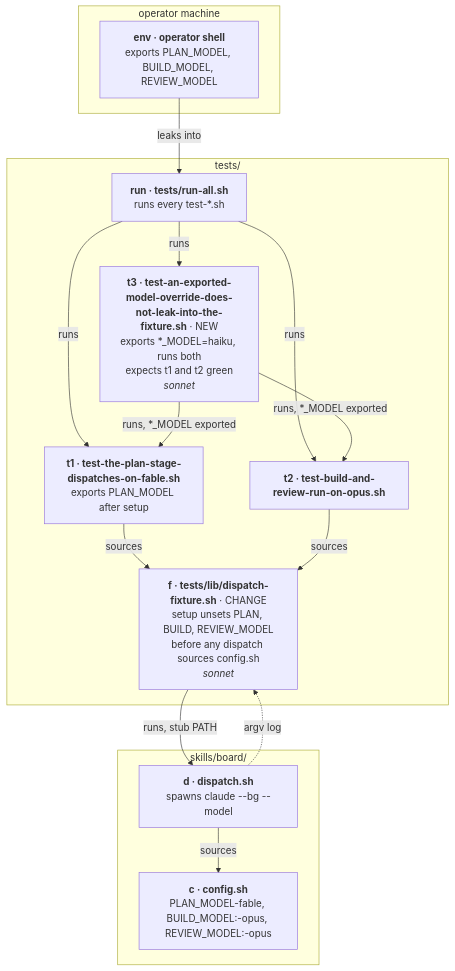
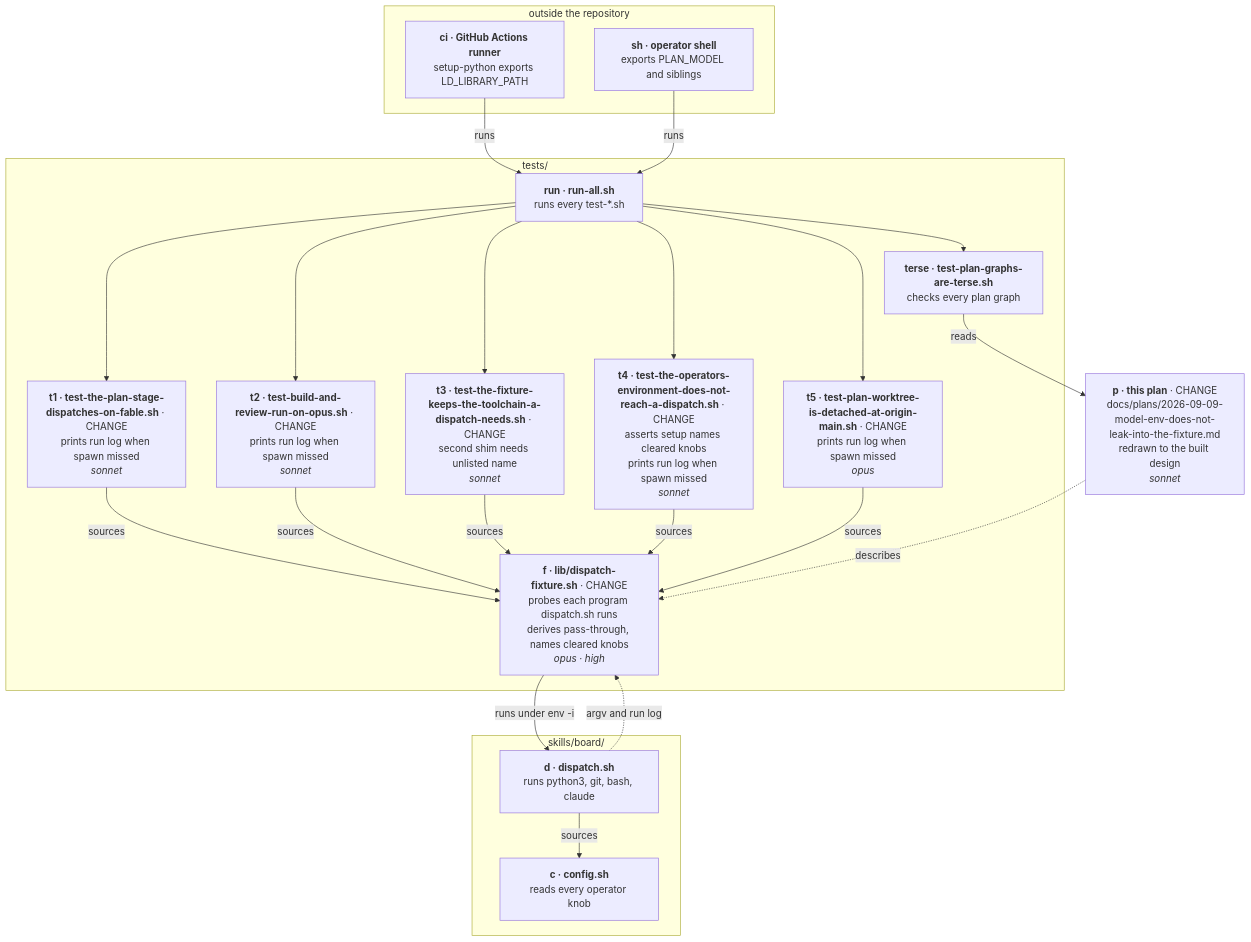
One commit to praveenVnktsh/foreman changed the diagram in docs/plans/2026-09-09-model-env-does-not-leak-into-the-fixture.md. Above: the diagram before and after it, drawn with Mermaid. The commit also changed 6 other files, not shown here.

First line of the commit message:
Derive what a dispatch's toolchain needs, and print the log that names it (PRA-349) (#32)

````diff
--- a/docs/plans/2026-09-09-model-env-does-not-leak-into-the-fixture.md
+++ b/docs/plans/2026-09-09-model-env-does-not-leak-into-the-fixture.md
@@ -1,31 +1,44 @@
 ```mermaid
 flowchart TD
-  subgraph host["operator machine"]
-    env["<b>env · operator shell</b><br/>exports PLAN_MODEL, BUILD_MODEL, REVIEW_MODEL"]
+  subgraph outside["outside the repository"]
+    ci["<b>ci · GitHub Actions runner</b><br/>setup-python exports LD_LIBRARY_PATH"]
+    sh["<b>sh · operator shell</b><br/>exports PLAN_MODEL and siblings"]
   end
 
   subgraph tests["tests/"]
-    t3["<b>t3 · test-an-exported-model-override-does-not-leak-into-the-fixture.sh</b> · NEW<br/>exports *_MODEL=haiku, runs both<br/>expects t1 and t2 green<br/><i>sonnet</i>"]
-    t1["<b>t1 · test-the-plan-stage-dispatches-on-fable.sh</b><br/>exports PLAN_MODEL after setup"]
-    t2["<b>t2 · test-build-and-review-run-on-opus.sh</b>"]
-    f["<b>f · tests/lib/dispatch-fixture.sh</b> · CHANGE<br/>setup unsets PLAN, BUILD, REVIEW_MODEL<br/>before any dispatch sources config.sh<br/><i>sonnet</i>"]
-    run["<b>run · tests/run-all.sh</b><br/>runs every test-*.sh"]
+    run["<b>run · run-all.sh</b><br/>runs every test-*.sh"]
+    f["<b>f · lib/dispatch-fixture.sh</b> · CHANGE<br/>probes each program dispatch.sh runs<br/>derives pass-through, names cleared knobs<br/><i>opus · high</i>"]
+    t1["<b>t1 · test-the-plan-stage-dispatches-on-fable.sh</b> · CHANGE<br/>prints run log when spawn missed<br/><i>sonnet</i>"]
+    t2["<b>t2 · test-build-and-review-run-on-opus.sh</b> · CHANGE<br/>prints run log when spawn missed<br/><i>sonnet</i>"]
+    t3["<b>t3 · test-the-fixture-keeps-the-toolchain-a-dispatch-needs.sh</b> · CHANGE<br/>second shim needs unlisted name<br/><i>sonnet</i>"]
+    t4["<b>t4 · test-the-operators-environment-does-not-reach-a-dispatch.sh</b> · CHANGE<br/>asserts setup names cleared knobs<br/>prints run log when spawn missed<br/><i>sonnet</i>"]
+    t5["<b>t5 · test-plan-worktree-is-detached-at-origin-main.sh</b> · CHANGE<br/>prints run log when spawn missed<br/><i>opus</i>"]
+    terse["<b>terse · test-plan-graphs-are-terse.sh</b><br/>checks every plan graph"]
   end
 
   subgraph board["skills/board/"]
-    d["<b>d · dispatch.sh</b><br/>spawns claude --bg --model"]
-    c["<b>c · config.sh</b><br/>PLAN_MODEL-fable, BUILD_MODEL:-opus, REVIEW_MODEL:-opus"]
+    d["<b>d · dispatch.sh</b><br/>runs python3, git, bash, claude"]
+    c["<b>c · config.sh</b><br/>reads every operator knob"]
   end
 
-  env -->|"leaks into"| run
-  run -->|"runs"| t3
-  run -->|"runs"| t1
-  run -->|"runs"| t2
-  t3 -->|"runs, *_MODEL exported"| t1
-  t3 -->|"runs, *_MODEL exported"| t2
+  p["<b>p · this plan</b> · CHANGE<br/>docs/plans/2026-09-09-model-env-does-not-leak-into-the-fixture.md<br/>redrawn to the built design<br/><i>sonnet</i>"]
+
+  ci -->|"runs"| run
+  sh -->|"runs"| run
+  run --> t1
+  run --> t2
+  run --> t3
+  run --> t4
+  run --> t5
+  run --> terse
   t1 -->|"sources"| f
   t2 -->|"sources"| f
-  f -->|"runs, stub PATH"| d
+  t3 -->|"sources"| f
+  t4 -->|"sources"| f
+  t5 -->|"sources"| f
+  f -->|"runs under env -i"| d
   d -->|"sources"| c
-  d -.->|"argv log"| f
+  d -.->|"argv and run log"| f
+  terse -->|"reads"| p
+  p -.->|"describes"| f
 ```
````
